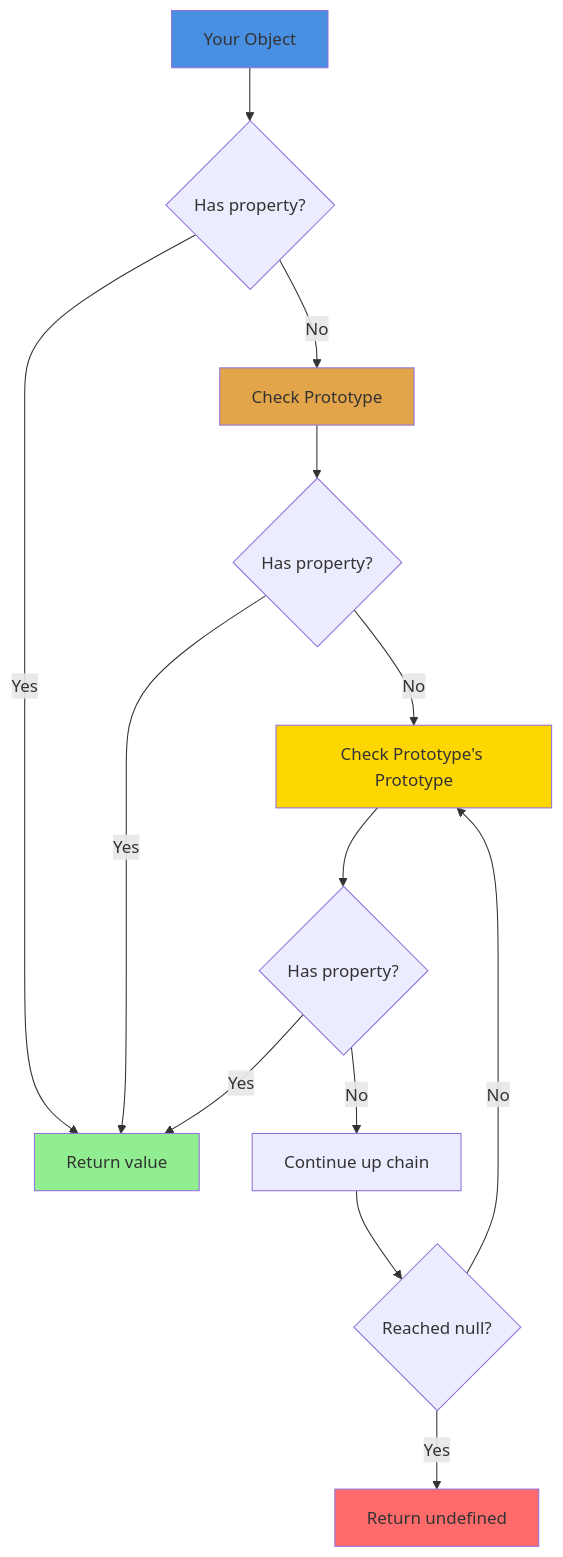
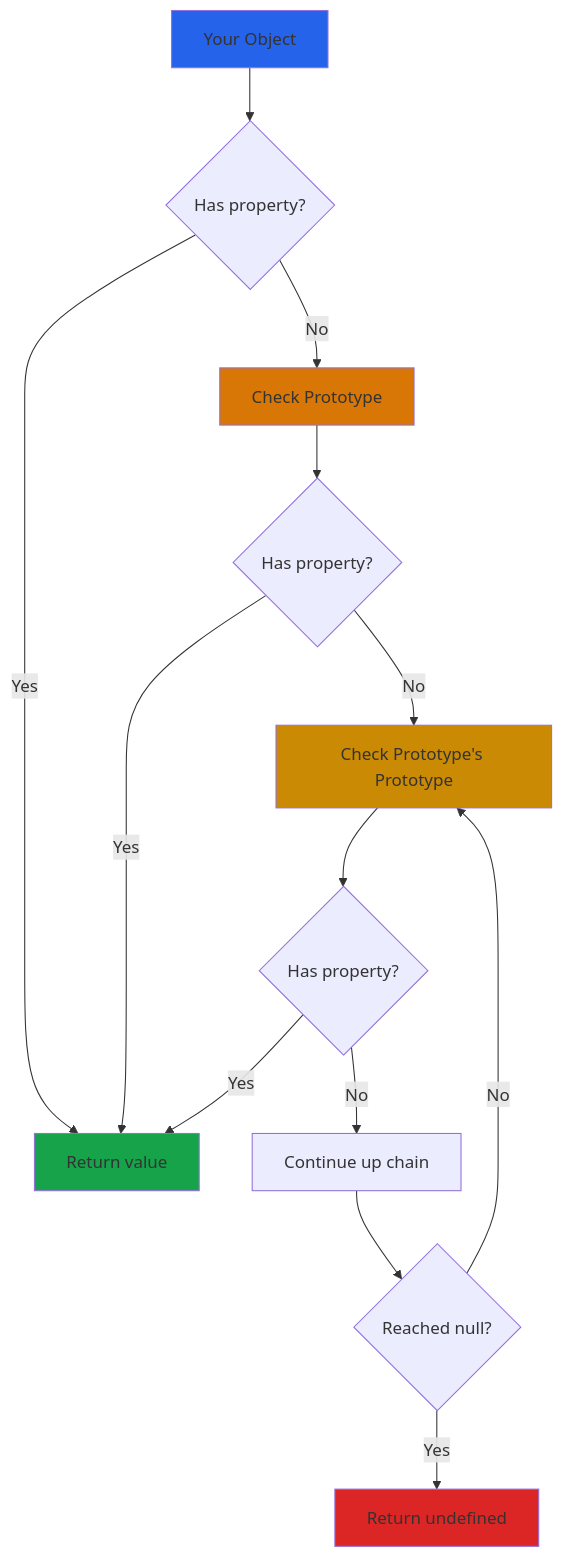
The first of 2 diagrams in javascript/inheritence_prototypes/README.md (upasanaprabhakar/web-dev-handbook), drawn with Mermaid before and after one commit. The commit also changed other lines of this file, not shown here.

Commit message:
inheritence and prototypes topic with examples

````diff
--- a/javascript/inheritence_prototypes/README.md
+++ b/javascript/inheritence_prototypes/README.md
@@ -40,21 +40,21 @@
 ```mermaid
 graph TD
     A[Your Object] --> B{Has property?}
     B -->|Yes| C[Return value]
     B -->|No| D[Check Prototype]
     D --> E{Has property?}
     E -->|Yes| C
     E -->|No| F[Check Prototype's Prototype]
     F --> G{Has property?}
     G -->|Yes| C
     G -->|No| H[Continue up chain]
     H --> I{Reached null?}
     I -->|Yes| J[Return undefined]
     I -->|No| F
     
-    style A fill:#4a90e2
-    style D fill:#e2a54a
-    style F fill:#FFD700
-    style C fill:#90EE90
-    style J fill:#FF6B6B
+    style A fill:#2563EB
+    style D fill:#D97706
+    style F fill:#CA8A04
+    style C fill:#16A34A
+    style J fill:#DC2626
 ```
````
